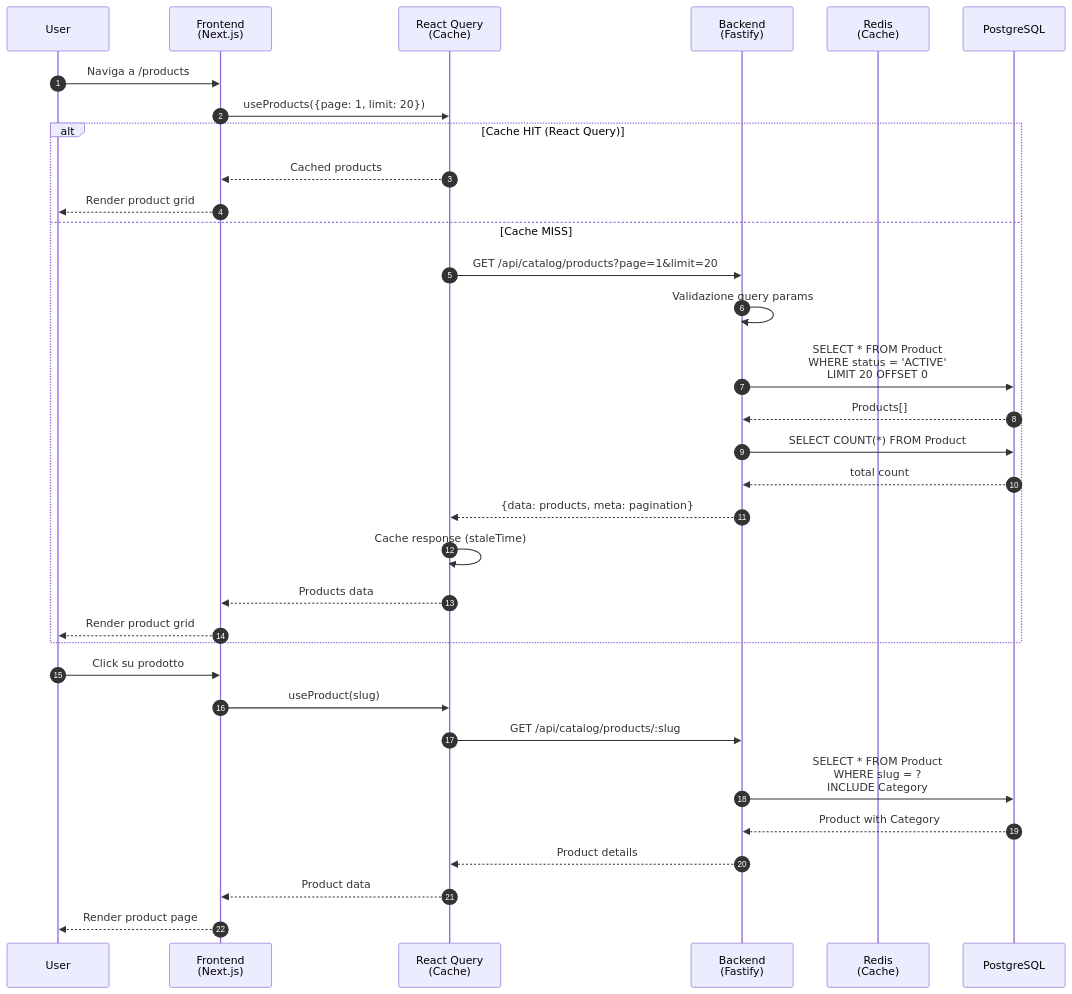
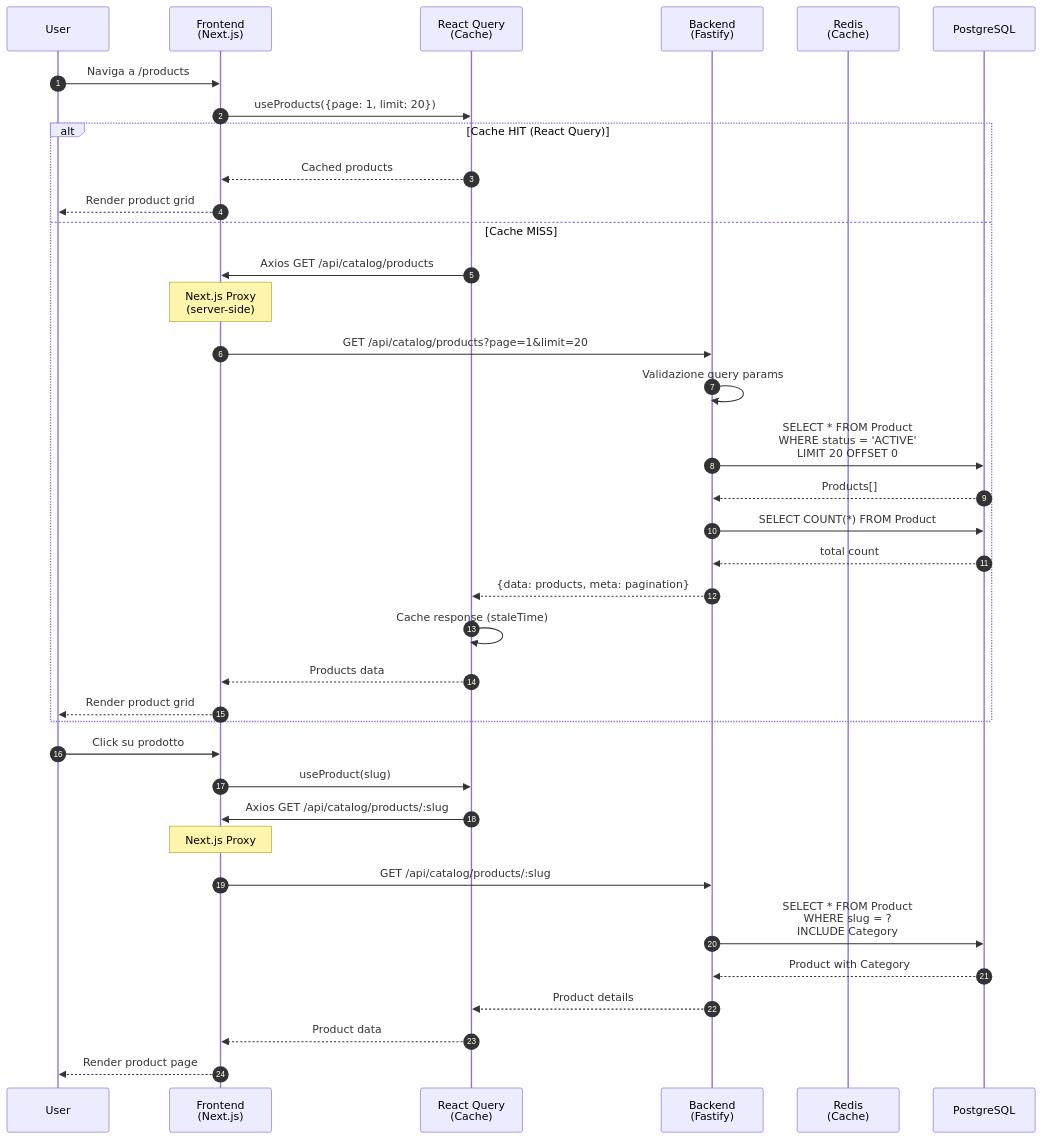
One commit to lorenzogirardi/ai-ecom-demo changed the third of 10 diagrams in ecommerce-demo/slides/SEQUENCE_DIAGRAMS.md. Above: the diagram before and after it, drawn with Mermaid. The commit also changed other lines of this file and 1 other file, not shown here.

First line of the commit message:
docs: update sequence diagrams with Next.js proxy pattern

````diff
--- a/ecommerce-demo/slides/SEQUENCE_DIAGRAMS.md
+++ b/ecommerce-demo/slides/SEQUENCE_DIAGRAMS.md
@@ -73,37 +77,41 @@
 ```mermaid
 sequenceDiagram
     autonumber
     participant U as User
     participant FE as Frontend<br/>(Next.js)
     participant RQ as React Query<br/>(Cache)
     participant BE as Backend<br/>(Fastify)
     participant Redis as Redis<br/>(Cache)
     participant DB as PostgreSQL
 
     U->>FE: Naviga a /products
     FE->>RQ: useProducts({page: 1, limit: 20})
     alt Cache HIT (React Query)
         RQ-->>FE: Cached products
         FE-->>U: Render product grid
     else Cache MISS
-        RQ->>BE: GET /api/catalog/products?page=1&limit=20
+        RQ->>FE: Axios GET /api/catalog/products
+        Note over FE: Next.js Proxy<br/>(server-side)
+        FE->>BE: GET /api/catalog/products?page=1&limit=20
         BE->>BE: Validazione query params
         BE->>DB: SELECT * FROM Product<br/>WHERE status = 'ACTIVE'<br/>LIMIT 20 OFFSET 0
         DB-->>BE: Products[]
         BE->>DB: SELECT COUNT(*) FROM Product
         DB-->>BE: total count
         BE-->>RQ: {data: products, meta: pagination}
         RQ->>RQ: Cache response (staleTime)
         RQ-->>FE: Products data
         FE-->>U: Render product grid
     end
 
     U->>FE: Click su prodotto
     FE->>RQ: useProduct(slug)
-    RQ->>BE: GET /api/catalog/products/:slug
+    RQ->>FE: Axios GET /api/catalog/products/:slug
+    Note over FE: Next.js Proxy
+    FE->>BE: GET /api/catalog/products/:slug
     BE->>DB: SELECT * FROM Product<br/>WHERE slug = ?<br/>INCLUDE Category
     DB-->>BE: Product with Category
     BE-->>RQ: Product details
     RQ-->>FE: Product data
     FE-->>U: Render product page
 ```
````
